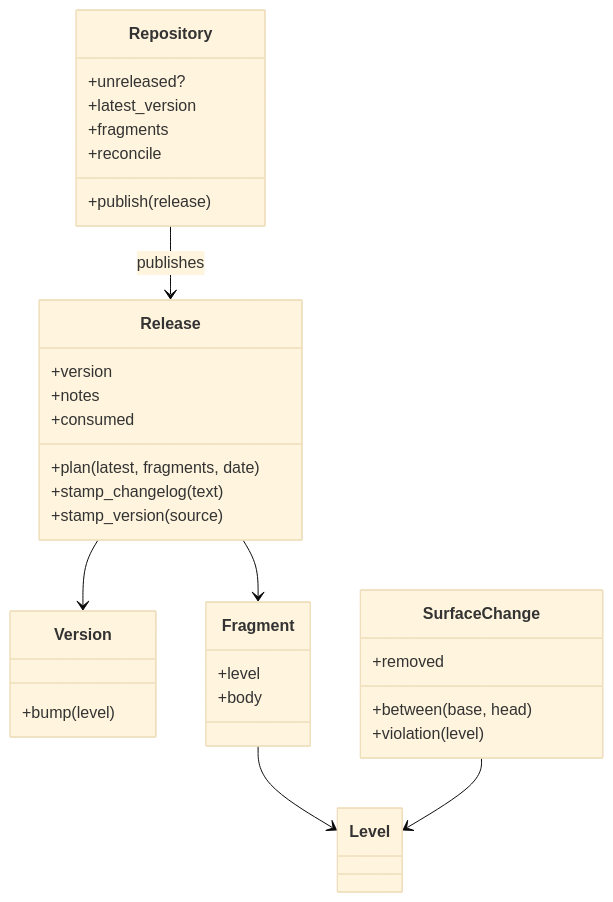
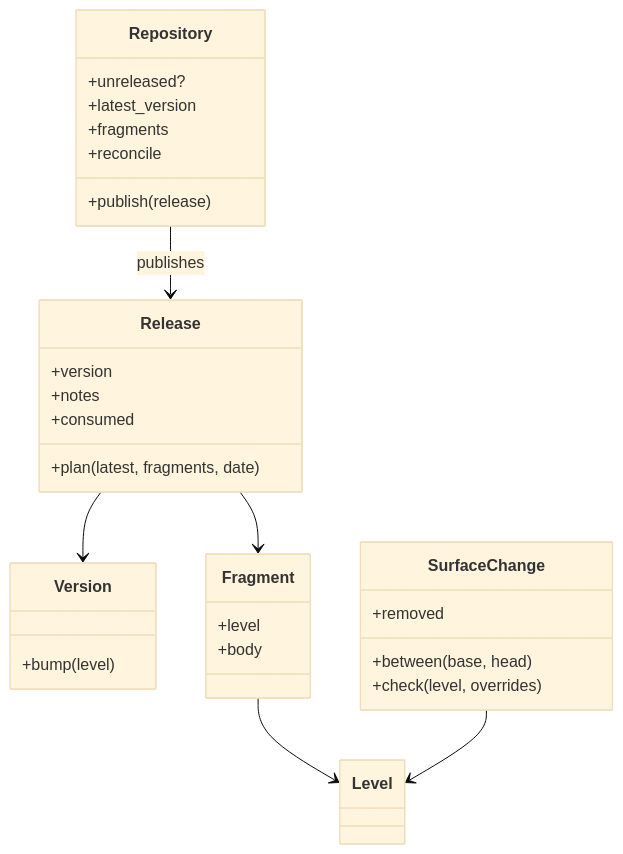
Before and after one commit to eirvandelden/MVPA.css: the second of 4 diagrams in docs/changes/adopt-semver/plan.md, drawn with Mermaid (base theme). The commit also changed other lines of this file, not shown here.

````diff
--- a/docs/changes/adopt-semver/plan.md
+++ b/docs/changes/adopt-semver/plan.md
@@ -121,36 +124,34 @@
 ```mermaid
 classDiagram
   class Level
   class Version {
     +bump(level)
   }
   class Fragment {
     +level
     +body
   }
   class Release {
     +plan(latest, fragments, date)
     +version
     +notes
-    +stamp_changelog(text)
-    +stamp_version(source)
     +consumed
   }
   class Repository {
     +unreleased?
     +latest_version
     +fragments
     +publish(release)
     +reconcile
   }
   class SurfaceChange {
     +between(base, head)
     +removed
-    +violation(level)
+    +check(level, overrides)
   }
   Fragment --> Level
   Release --> Version
   Release --> Fragment
   Repository --> Release : publishes
   SurfaceChange --> Level
 ```
````
